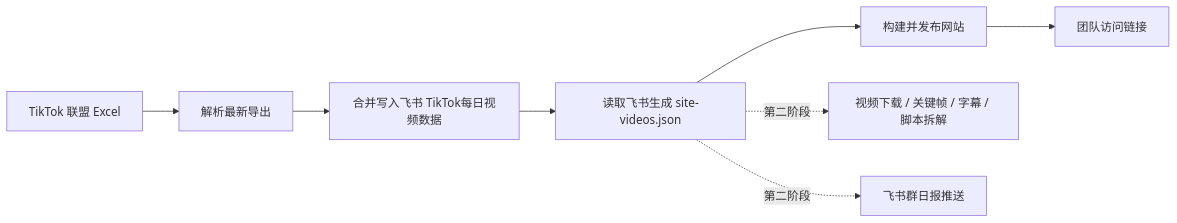
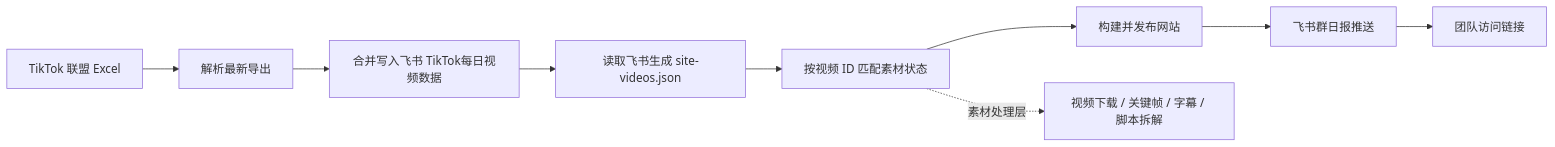
Before and after one commit to Knighty-hub-hit/tiktok-daily-video-analysis: the diagram in docs/production-workflow.md, drawn with Mermaid. The commit also changed other lines of this file and 14 other files, not shown here.

````diff
--- a/docs/production-workflow.md
+++ b/docs/production-workflow.md
@@ -21,10 +21,11 @@
 ```mermaid
 flowchart LR
   A["TikTok 联盟 Excel"] --> B["解析最新导出"]
   B --> C["合并写入飞书 TikTok每日视频数据"]
   C --> D["读取飞书生成 site-videos.json"]
-  D --> E["构建并发布网站"]
-  E --> F["团队访问链接"]
-  D -. "第二阶段" .-> G["视频下载 / 关键帧 / 字幕 / 脚本拆解"]
-  D -. "第二阶段" .-> H["飞书群日报推送"]
+  D --> E["按视频 ID 匹配素材状态"]
+  E --> F["构建并发布网站"]
+  F --> G["飞书群日报推送"]
+  G --> H["团队访问链接"]
+  E -. "素材处理层" .-> I["视频下载 / 关键帧 / 字幕 / 脚本拆解"]
 ```
````
